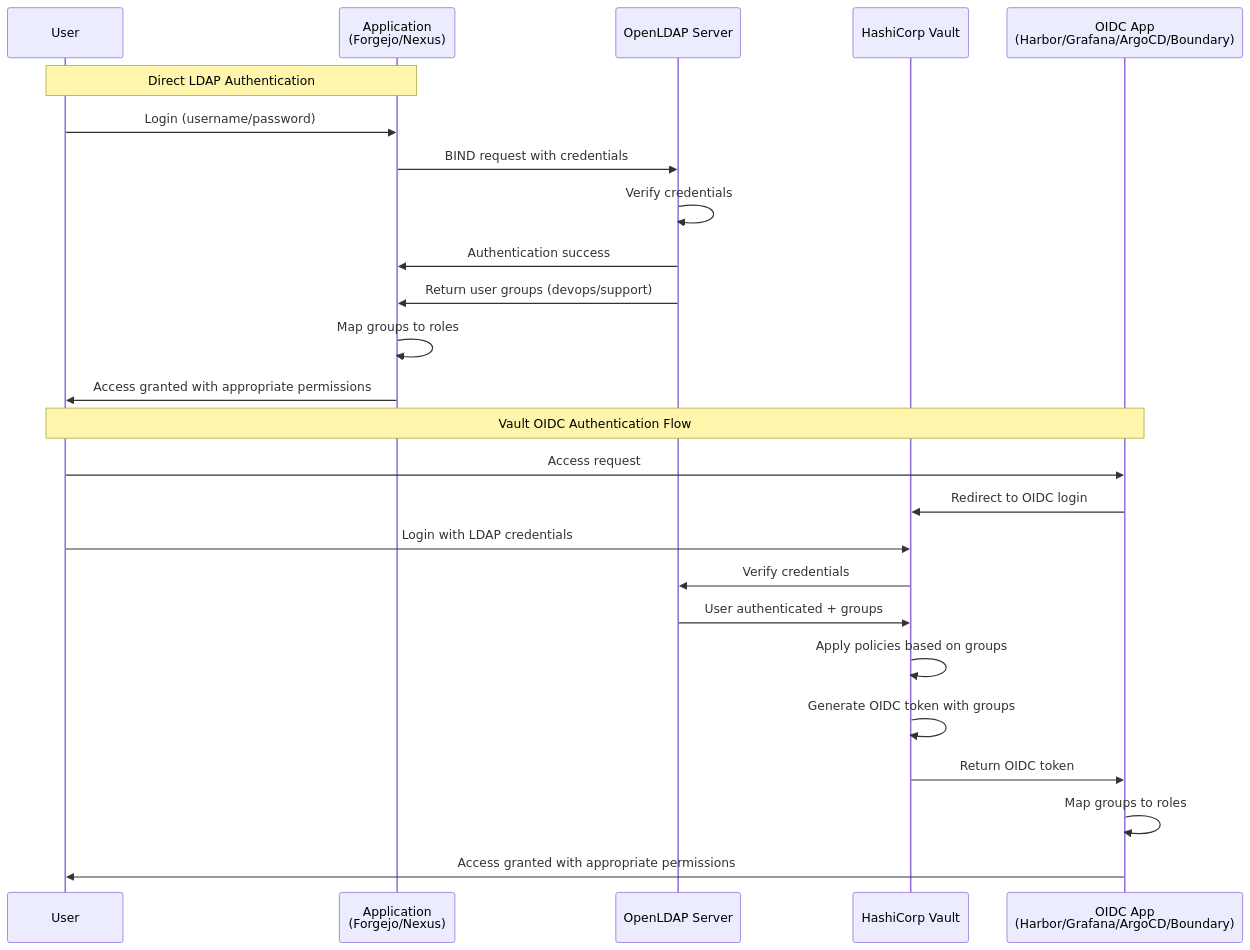
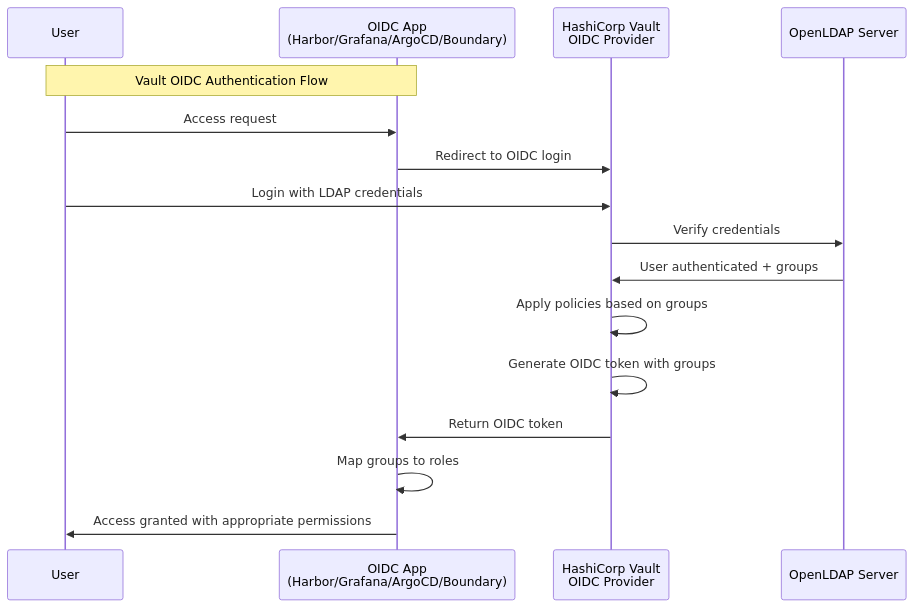
One commit to Saske912/presentation changed the sixth of 11 diagrams in slides.md. Above: the diagram before and after it, drawn with Mermaid. The commit also changed other lines of this file and 11 other files, not shown here.

Commit message:
Remove outdated presentation files and update slides for improved clarity and organization. Adjusted Mermaid diagram settings for better readability and added zoom functionality. Enhanced styling for sequence diagrams and overall layout consistency.

````diff
--- a/slides.md
+++ b/slides.md
@@ -427,29 +459,19 @@
 ```mermaid
 sequenceDiagram
     participant User as User
-    participant App as Application<br/>(Forgejo/Nexus)
+    participant OIDCApp as OIDC App<br/>(Harbor/Grafana/ArgoCD/Boundary)
+    participant Vault as HashiCorp Vault<br/>OIDC Provider
     participant LDAP as OpenLDAP Server
-    participant Vault as HashiCorp Vault
-    participant OIDCApp as OIDC App<br/>(Harbor/Grafana/ArgoCD/Boundary)
-    
-    Note over User,App: Direct LDAP Authentication
-    User->>App: Login (username/password)
-    App->>LDAP: BIND request with credentials
-    LDAP->>LDAP: Verify credentials
-    LDAP->>App: Authentication success
-    LDAP->>App: Return user groups (devops/support)
-    App->>App: Map groups to roles
-    App->>User: Access granted with appropriate permissions
     
     Note over User,OIDCApp: Vault OIDC Authentication Flow
     User->>OIDCApp: Access request
     OIDCApp->>Vault: Redirect to OIDC login
     User->>Vault: Login with LDAP credentials
     Vault->>LDAP: Verify credentials
     LDAP->>Vault: User authenticated + groups
     Vault->>Vault: Apply policies based on groups
     Vault->>Vault: Generate OIDC token with groups
     Vault->>OIDCApp: Return OIDC token
     OIDCApp->>OIDCApp: Map groups to roles
     OIDCApp->>User: Access granted with appropriate permissions
 ```
````
